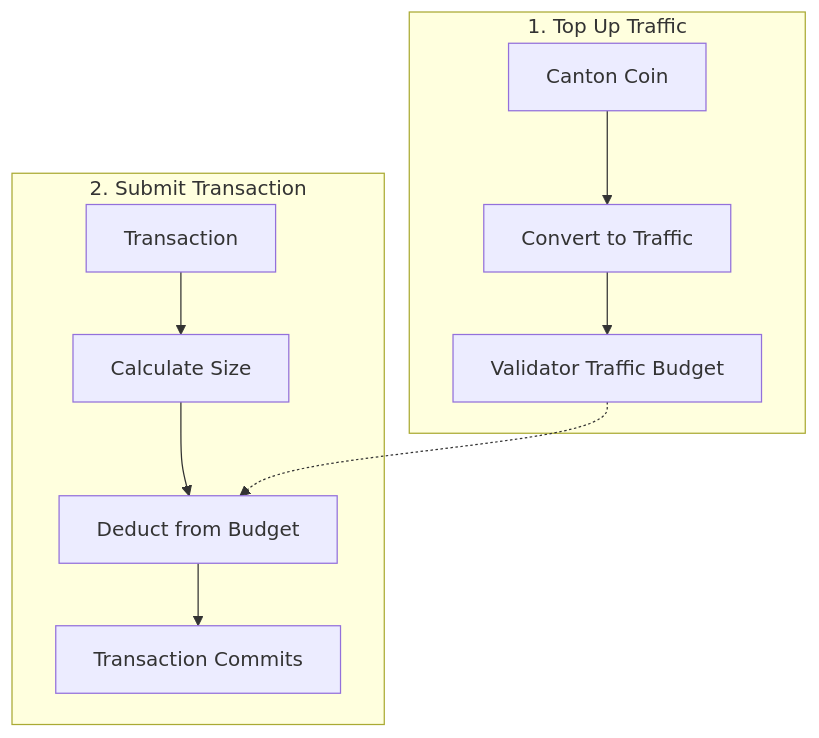
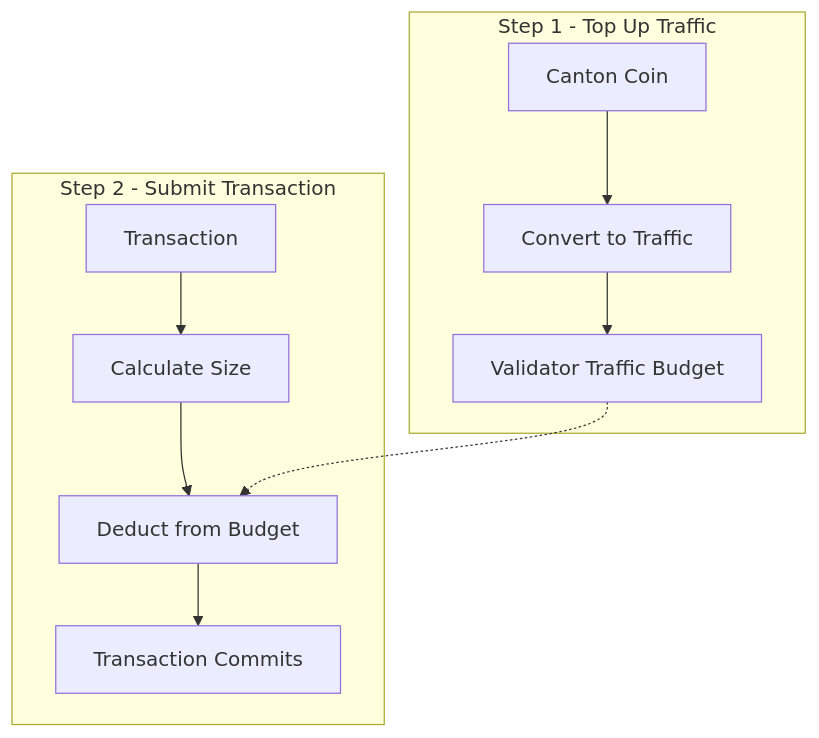
Before and after one commit to eunsujeo/canton-docs: the diagram in wiki/overview/understand/canton-coin.md, drawn with Mermaid.

Commit message:
fix(wiki): canton-coin mermaid subgraph 제목 — 따옴표/숫자.마침표 제거(plain 라벨)
따옴표 라벨이 Obsidian에서 'Unsupported markdown:'으로 깨짐 → 작동 검증된
architecture.md식 plain 라벨(Step 1 - ...)로 변경.

````diff
--- a/wiki/overview/understand/canton-coin.md
+++ b/wiki/overview/understand/canton-coin.md
@@ -49,15 +49,15 @@
 ```mermaid
 flowchart TB
-    subgraph TopUp["1. Top Up Traffic"]
-        CC["Canton Coin"] --> CONVERT["Convert to Traffic"]
-        CONVERT --> BUDGET["Validator Traffic Budget"]
+    subgraph TopUp[Step 1 - Top Up Traffic]
+        CC[Canton Coin] --> CONVERT[Convert to Traffic]
+        CONVERT --> BUDGET[Validator Traffic Budget]
     end
 
-    subgraph Submit["2. Submit Transaction"]
-        TX["Transaction"] --> SIZE["Calculate Size"]
-        SIZE --> DEDUCT["Deduct from Budget"]
-        DEDUCT --> COMMIT["Transaction Commits"]
+    subgraph Submit[Step 2 - Submit Transaction]
+        TX[Transaction] --> SIZE[Calculate Size]
+        SIZE --> DEDUCT[Deduct from Budget]
+        DEDUCT --> COMMIT[Transaction Commits]
     end
 
     BUDGET -.-> DEDUCT
 ```
````
